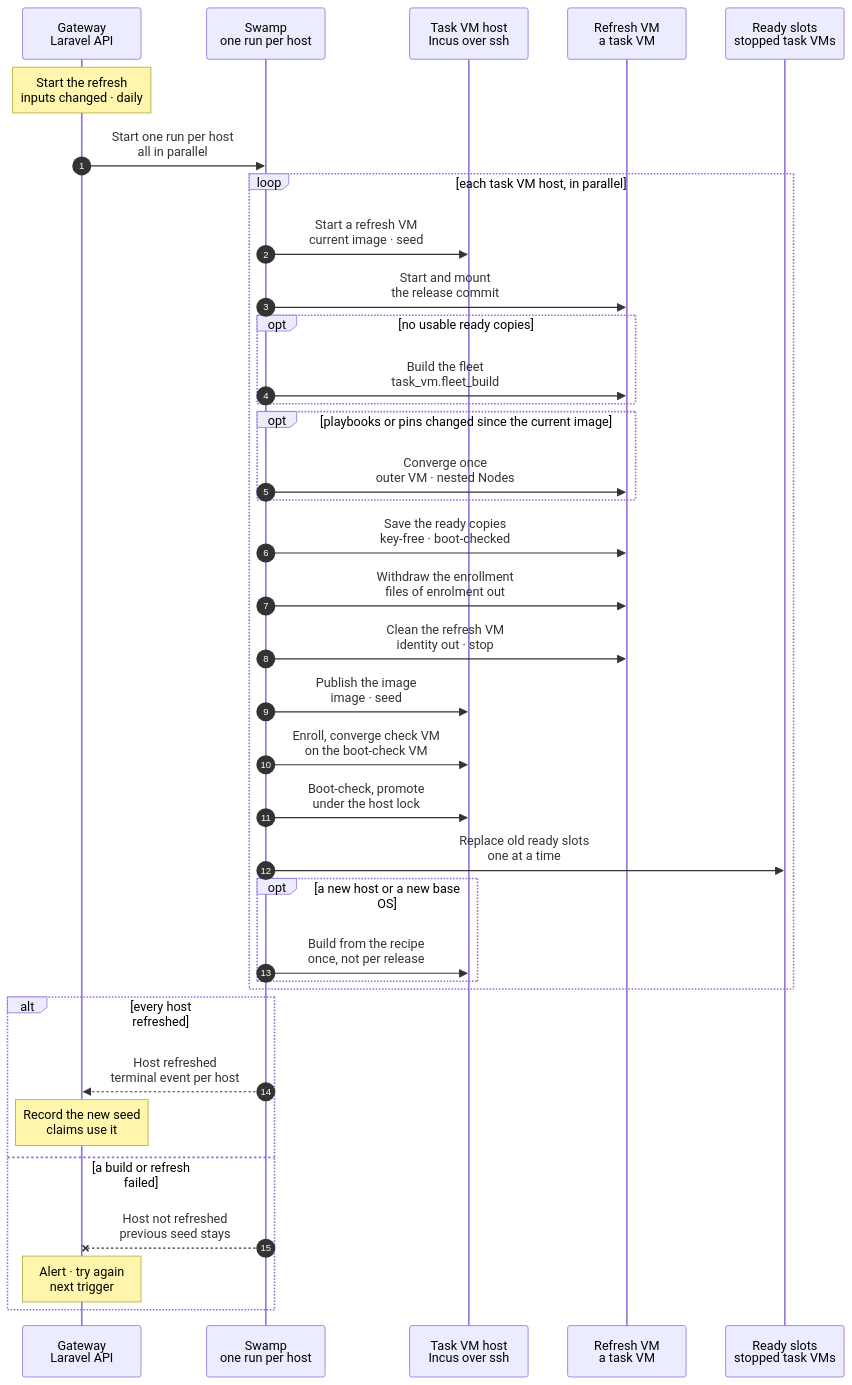
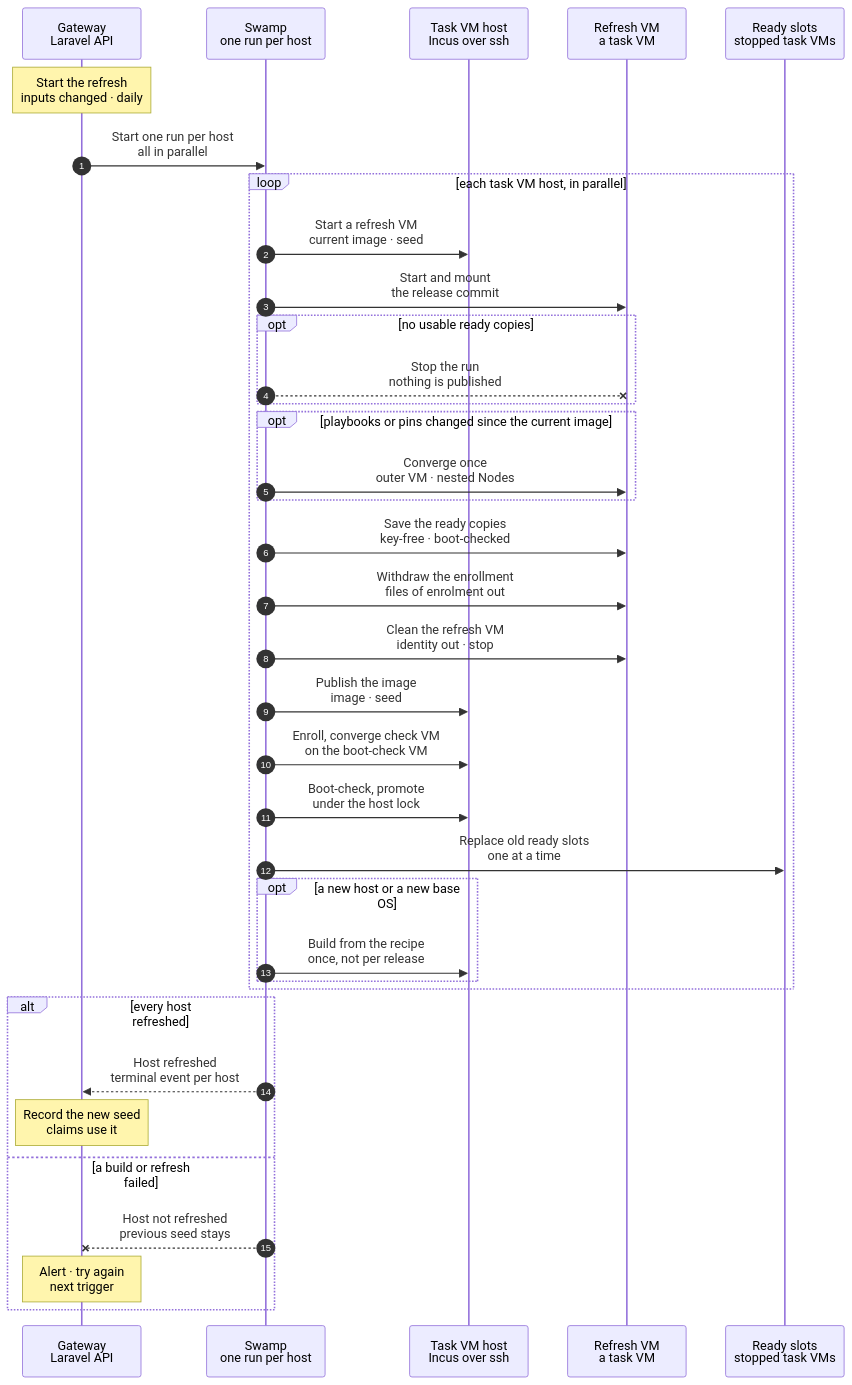
One commit to hardimpactdev/orbit changed the diagram in docs/reference/pipeline/6-task-image-seed-refresh.mmd. Above: the diagram before and after it, drawn with Mermaid. The commit also changed 8 other files, not shown here.

Commit message:
fix(swamp): one lookup for the nested fleet, and a refresh without ready copies fails before it publishes

```diff
--- a/docs/reference/pipeline/6-task-image-seed-refresh.mmd
+++ b/docs/reference/pipeline/6-task-image-seed-refresh.mmd
@@ -1,132 +1,131 @@
 sequenceDiagram
   %% Target design: stage 6 of the command development pipeline (feature-flow section 7). After a release that changed playbooks, pins or lock files, and at least daily, every task VM host brings its current task image and topology seed up to the release, in parallel, and saves them as the new ones: no build from the recipe; ready slots built from the old image are replaced one at a time. Nothing is copied between hosts.
   %% status: draft
   %% command: development pipeline stage 6 · per-host task image and seed refresh
   %% kind: pipeline.6-task-image-seed-refresh
   autonumber
   %% lane GW icon=gateway pill=intent tone=blue
   %% lane SW icon=workflow pill=executes tone=green
   %% lane H icon=server pill=each host tone=amber
   %% lane VM icon=server pill=target tone=gray
   %% lane SL icon=server pill=pool tone=purple
   participant GW as Gateway<br/>Laravel API
   participant SW as Swamp<br/>one run per host
   participant H as Task VM host<br/>Incus over ssh
   participant VM as Refresh VM<br/>a task VM
   participant SL as Ready slots<br/>stopped task VMs
   Note over GW: Start the refresh<br/>inputs changed · daily
   %%> Triggers:
   %%> - a release that went live and passed its check (stage 5), only when it changed what the images carry: playbooks, pins or lock files; a code-only release needs no refresh, because a task mounts its own checkout
   %%> - a daily schedule, so a seed never gets older than a day: the Swamp tokens in the ready copies last 24 hours and a ready copy expires after 20
   %%> Built:
   %%> - both triggers: the release projection admits the run of every Linux task VM host when the release that went live changed playbooks, pins or lock files (a digest over `swamp/ansible`, the recipe folder and the lock files of the release it replaced and of the new one), and a daily Gateway schedule admits every host; an operator runs `php artisan task-vms:refresh-image HOST` or `task-vms:refresh-images`
   %%> - a host with a refresh open returns it, so the two triggers and a retry never start a second run; a host that refuses (an image build runs, no capacity) is skipped until the next trigger
   %%> Built (task_vm.image_refresh, workflow `operation-task-vm-image-refresh`):
   %%> - the run of one host, admitted like `tasks:prep`: a group of its own in the proof Project, placed on that host only, with the whole intent captured in the admission of provision; no step calls the Gateway
   %%> - a repeat admission for a host returns the open run
   %%> Hosts:
   %%> - Linux only: the task VM hosts beast and shark, with Incus
   %%> Requirements per host:
   %%> - an active task VM host with no refresh running and one free large slot for the refresh VM
   %%> - the Gateway has the release commit, GitHub App read access to the repository, and the proof Swamp Club key
   GW->>SW: Start one run per host<br/>all in parallel
   %%> Why:
   %%> - hosts differ in CPU, and a copy between hosts loses the storage sharing inside the seed; so each host refreshes its own
   %%> - a second admission for a host returns the open task
   loop each task VM host, in parallel
     SW->>H: Start a refresh VM<br/>current image · seed
     %%> What it does:
     %%> - starts a task VM from the host's current task image, with a clone of its current topology seed, as for any task
     %%> Built: the child `operation-task-provision`, which does this step and the next; the VM starts from the image the host promoted last, whatever its recipe or age
     %%> Decided by the orchestrator, for Nick's review:
     %%> - the refresh VM keeps the root disk of the host's base VM (20 GiB), not the larger disk of a topology VM, because a published image is as large as its VM's root disk and no VM can be smaller than its image; the first smoke of a 40 GiB image failed on it
     SW->>VM: Start and mount<br/>the release commit
     %%> What it does:
     %%> - checks out the release commit in the refresh VM, with `composer install` and `bun install` where a lock file changed
     %%> - starts the nested fleet from the current ready copies, mounts that checkout over NFS and runs the apply step, as in stage 2
     %%> Built: all of it is the child `task-nested-fleet` of `operation-task-provision` (the mount and apply, the readiness check with Doctor, and the `base` snapshot), so the refresh saves ready copies only from a fleet that passed its readiness check
     opt no usable ready copies
-      SW->>VM: Build the fleet<br/>task_vm.fleet_build
+      SW--xVM: Stop the run<br/>nothing is published
       %%> Decided by the orchestrator, for Nick's review:
-      %%> - the first refresh of a host whose seed holds no ready copies calls the nested fleet build as a child (chart `docs/cli/tasks/vm-fleet-build.mmd`), which ends by saving ready copies; the refresh then goes on
-      %%> Not built: the child is wired when `task_vm.fleet_build` lands
-      %%> Decided by the orchestrator, for Nick's review:
-      %%> - until then a seed without usable ready copies is refreshed without them: the provision child records `nested_fleet: none`, the run skips the save of ready copies, and the result says `ready_copies: false`; the image still converges to the release and is promoted, and the seed is the copy of the old one
+      %%> - a seed without usable ready copies gives a VM without a nested fleet, so the refresh fails at `Check the fleet`, before the clean and the publication; the host keeps its image and its seed
+      %%> - the refresh does not call the fleet build as a child: the build captures its intent from a ready VM (`task_vm.fleet_build_refused` otherwise), but a refresh captures its whole intent before its VM exists, and the build is a long run with a budget of its own; for a new host or a broken seed the operator runs `task_vm.fleet_build` and `task_vm.ready_copies`, then refreshes
+      %%> Built: the step `Check the fleet` of the run
     end
     opt playbooks or pins changed since the current image
       SW->>VM: Converge once<br/>outer VM · nested Nodes
       %%> What it does:
       %%> - image playbooks on the outer VM; role playbooks and pins on the nested Nodes, through the nested Orbit's `node:converge`
       %%> - the same step as in the proof CI (stage 4)
     %%> Decided by the orchestrator, for Nick's review:
     %%> - the run always converges: a VM at the pins reports no change in about a minute, so the Gateway needs no check of what changed; the `opt` stays as the chart of the intent
     %%> Built: the outer VM, as the converge of the provision (`Converge once` of stage 2), which this run reuses instead of a step of its own; the nested Nodes (the nested Orbit's `node:converge` over the NFS mount) are the last piece, with the NFS child of stage 2
     end
     SW->>VM: Save the ready copies<br/>key-free · boot-checked
     %%> Decided by the orchestrator, for Nick's review (2026-11-06):
     %%> - the refresh has no token step: every provision that starts a fleet renews the Swamp tokens of the nested Gateway (stage 2), so the age of the copies does not matter
     %%> - the copies carry format 3: the control plan the renewal reads is on the nested Gateway; copies of an older format are not used
     %%> Built: the child `operation-task-vm-ready-copies`, the kind `task_vm.ready_copies`, on the refresh VM
     SW->>VM: Withdraw the enrollment<br/>files of enrolment out
     %%> Decided by the orchestrator, for Nick's review:
     %%> - a step of the refresh before the clean removes what the enrollment installed (the sudoers file `/etc/sudoers.d/orbit`, `authorized_keys2`, the observer binary and unit): an image that holds them makes the enrollment of the next VM fail with `install: No such file or directory`, which the first promoted image on shark did; the smoke is followed by a check that none of them is in the image
     SW->>VM: Clean the refresh VM<br/>identity out · stop
     %%> Decided by the orchestrator, for Nick's review:
     %%> - one explicit clean step before the publication, the workflow `task-vm-image-clean`; the image build's `Clean and stop` calls the same workflow for its builder (`enrolled: false`), so there is one clean step and not two
     %%> - it removes the nested guests and network, the WireGuard key, the observer identity and secret, the Pi token, the model key, the Club key and the checkout, resets the firewall (enrollment denies SSH except from Node 209 over the VPN, so the first smoke could not reach its VM), cloud-init, the machine-id and the SSH host keys, trims the disk and stops the VM
     SW->>H: Publish the image<br/>image · seed
     %%> What it does:
     %%> - stops the nested VMs and copies them into a clone of the seed as the new ready copies, key-free: the proof Club key is deleted, every file is scanned for it, and freed blocks are trimmed
     %%> Proposed 2026-11-05:
     %%> - each ready copy is self-contained: its `.env`, storage, `bootstrap/cache` and database stay on its own disk; it holds no checkout, because every task VM mounts its own
     %%> - stores the nested network with the copies: the subnet, and each Node's NIC MAC and address
     %%> - removes the refresh VM's WireGuard key from the operator Node record, so a new task VM joins with its own key (stage 2)
     %%> - publishes the outer VM as the new task image
     SW->>H: Enroll, converge check VM<br/>on the boot-check VM
     %%> Decided by the orchestrator, for Nick's review:
     %%> - a release can trigger a refresh with nobody watching, and a refresh starts from the image the host serves, so one bad image would reach every later provision; the candidate is therefore enrolled and converged before it is promoted
     %%> - on the throwaway VM of the boot check, after its check phase, the run enrolls the guest with the same bootstrap steps as an enrollment (account, key, sudoers file, observer install and verify), then converges it to the pins with the phases `software`, `tools` and `check`
     %%> - the bootstrap steps are one child workflow, `task-vm-bootstrap`, which `task-vm-enrollment` calls too, so the check and a real enrollment cannot drift apart
     %%> - the promotion waits for both steps; a candidate that cannot be enrolled or converged promotes nothing
     %%> Built: the steps `Enroll the check VM` (the child `task-vm-bootstrap`, which `task-vm-enrollment` calls too) and `Converge the check VM` (the child `task-vm-image-ansible`, phases `software`, `tools` and `check`), after the identity check and before the seed copy
     %%> Not covered:
     %%> - the WireGuard peer, the observer start and the nested fleet: they need a Gateway-admitted Node, so the next provision is their check
     SW->>H: Boot-check, promote<br/>under the host lock
     %%> Built: the smoke is the child `task-vm-image-smoke` and the alias move is the child `task-vm-image-promote`, the same children as the image build
     %%> Decided by the orchestrator, for Nick's review:
     %%> - the new image has a new fingerprint, and a seed is named from its image, so the new seed is a copy of the refresh VM's seed disk under the new name (`zfs promote` after the copy, so refreshes form no clone chain); the old image and the old seed stay under their own names, and the old image keeps the alias `-previous`, which is the rollback copy
     %%> - the Gateway records the new image as the host's latest promoted build when the run ends, then cancels the group of the run, which destroys the refresh VM
     %%> What it does:
     %%> - boots a throwaway copy of each ready copy and of the image to check them, then promotes both and destroys the refresh VM
     %%> - keeps the old image and seed as `-previous`, the rollback copy; cleanup always runs
     %%> - a failed step keeps the old image and seed: the clean, and with it the publication and the promotion, run only after the VM step passed, so a VM whose fleet failed its readiness check promotes nothing
     %%> Not built:
     %%> - the whole refresh from a running task VM; today the seed refresh boots a builder from the image and has no topology build or ready copies (the old reset was removed), and the image is built from the recipe
     SW->>SL: Replace old ready slots<br/>one at a time
     %%> Target, not built:
     %%> - destroys a ready slot made from the old image, enrols a new one from the new image, then takes the next
     %%> - a slot is always ready; a slot in use keeps running on its own clone
     %%> - when the image did not change, nothing is replaced
     opt a new host or a new base OS
       SW->>H: Build from the recipe<br/>once, not per release
       %%> What it does:
       %%> - builds the task image from the stock image with the recipe phases (`task_vm.image_build`) and the first seed (`task_vm.seed_refresh`)
       %%> - every later release only brings these up to date
     end
   end
   alt every host refreshed
     SW-->>GW: Host refreshed<br/>terminal event per host
     %%> What it does:
     %%> - each host reports its own result; one slow host does not hold the others
     Note over GW: Record the new seed<br/>claims use it
     %%> Result:
     %%> - the next task VM and the next proof start from the new seed, which holds the running release
     %%> - no fleet test follows; the seed is checked only by its own throwaway boot
   else a build or refresh failed
     SW--xGW: Host not refreshed<br/>previous seed stays
     %%> On failure:
     %%> - the failed step is named; the host keeps the image and seed it had, and the next trigger tries again
     Note over GW: Alert · try again<br/>next trigger
     %%> Result:
     %%> - the host keeps the image and seed it had; the other hosts are not affected
   end
```
